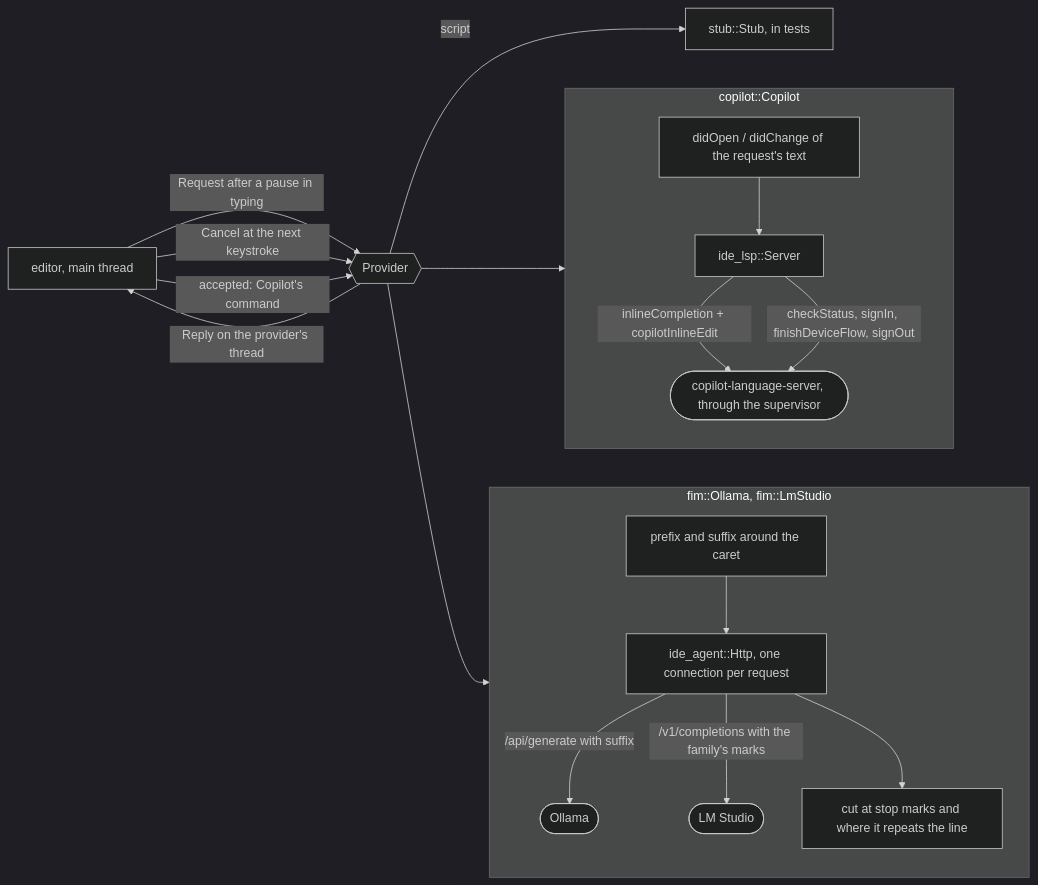
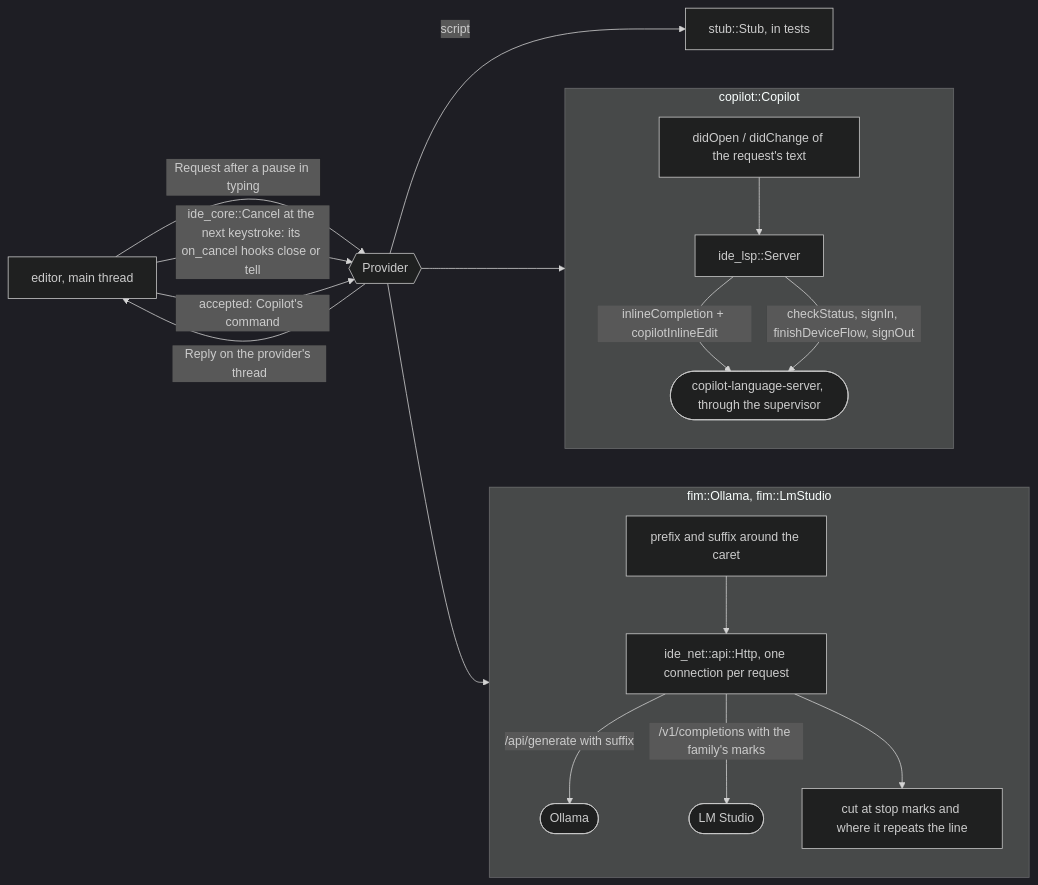
The diagram in crates/ide-predict/README.md (sventmueller/dango), drawn with Mermaid (dark theme) before and after one commit. The commit also changed other lines of this file and 826 other files, not shown here.

````diff
--- a/crates/ide-predict/README.md
+++ b/crates/ide-predict/README.md
@@ -8,21 +8,21 @@
 ```mermaid
 flowchart LR
     editor["editor, main thread"] -->|"Request after a pause in typing"| provider{{"Provider"}}
-    editor -->|"Cancel at the next keystroke"| provider
+    editor -->|"ide_core::Cancel at the next keystroke: its on_cancel hooks close or tell"| provider
     provider -->|"Reply on the provider's thread"| editor
     editor -->|"accepted: Copilot's command"| provider
     subgraph copilot ["copilot::Copilot"]
         sync["didOpen / didChange of the request's text"] --> lsp["ide_lsp::Server"]
         lsp -->|"inlineCompletion + copilotInlineEdit"| cls(["copilot-language-server, through the supervisor"])
         lsp -->|"checkStatus, signIn, finishDeviceFlow, signOut"| cls
     end
     subgraph local ["fim::Ollama, fim::LmStudio"]
-        gap["prefix and suffix around the caret"] --> http["ide_agent::Http, one connection per request"]
+        gap["prefix and suffix around the caret"] --> http["ide_net::api::Http, one connection per request"]
         http -->|"/api/generate with suffix"| ollama(["Ollama"])
         http -->|"/v1/completions with the family's marks"| lms(["LM Studio"])
         http --> clean["cut at stop marks and where it repeats the line"]
     end
     provider --> copilot
     provider --> local
     provider -->|"script"| stub["stub::Stub, in tests"]
 ```
````
